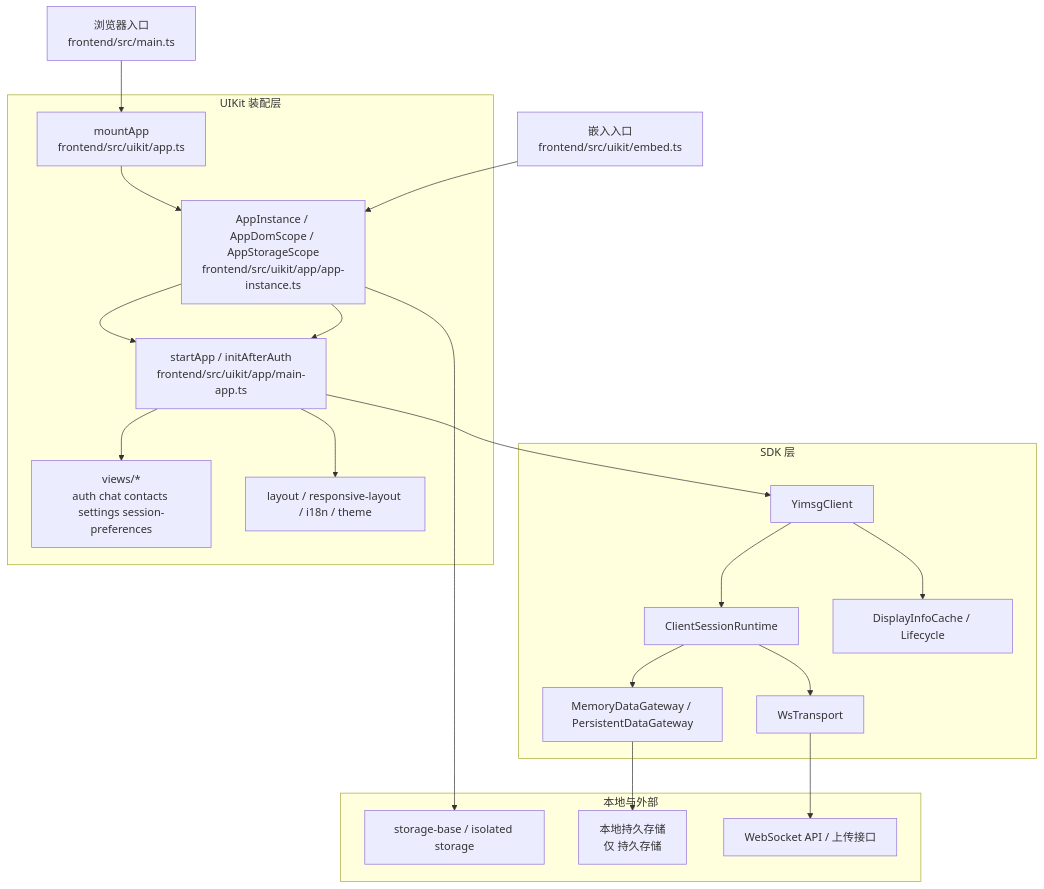
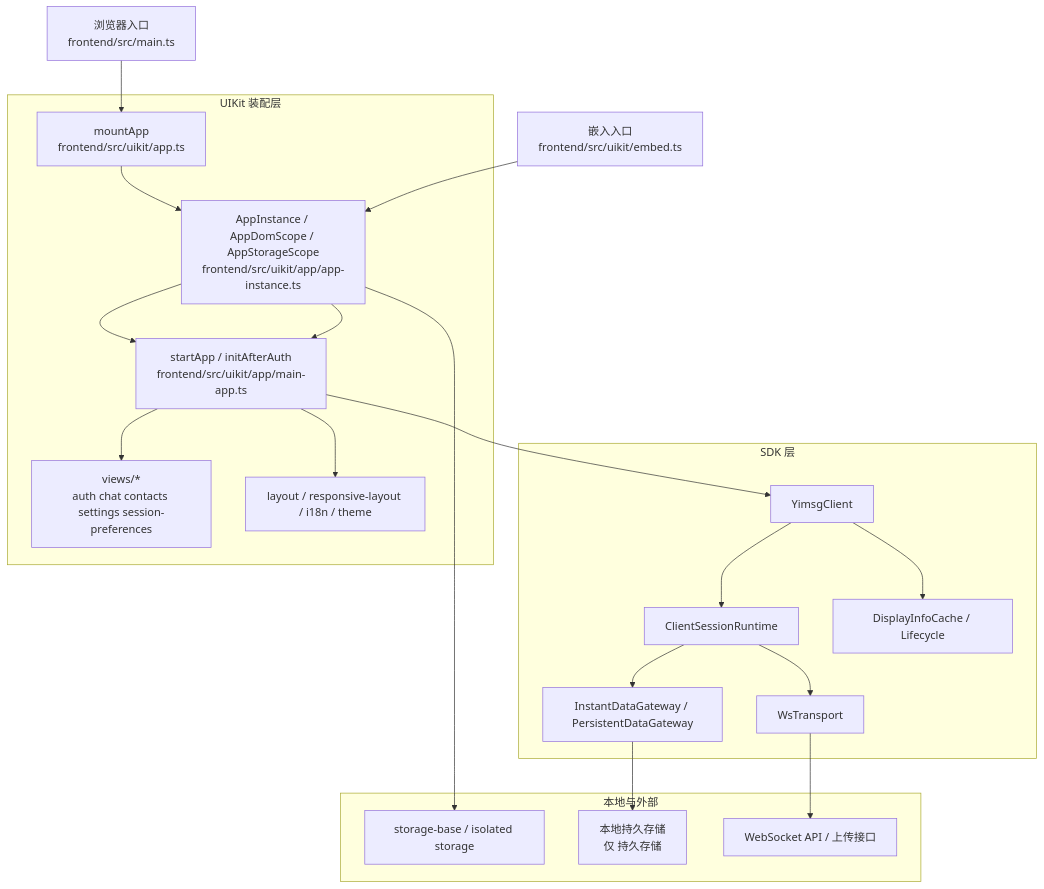
One commit to dacez/yimsg changed the diagram in docs/frontend/前端设计方案.md. Above: the diagram before and after it, drawn with Mermaid. The commit also changed other lines of this file and 22 other files, not shown here.

First line of the commit message:
即时/持久会话模式命名全面统一为 instant/persistent

````diff
--- a/docs/frontend/前端设计方案.md
+++ b/docs/frontend/前端设计方案.md
@@ -78,40 +78,40 @@
 ```mermaid
 graph TB
   Entry[浏览器入口\nfrontend/src/main.ts]
   Embed[嵌入入口\nfrontend/src/uikit/embed.ts]
 
   subgraph UIKit 装配层
     AppEntry[mountApp\nfrontend/src/uikit/app.ts]
     MainApp[startApp / initAfterAuth\nfrontend/src/uikit/app/main-app.ts]
     AppInstance[AppInstance / AppDomScope / AppStorageScope\nfrontend/src/uikit/app/app-instance.ts]
     Views[views/*\nauth chat contacts settings session-preferences]
     Layout[layout / responsive-layout / i18n / theme]
   end
 
   subgraph SDK 层
     Client[YimsgClient]
     Runtime[ClientSessionRuntime]
     Store[DisplayInfoCache / Lifecycle]
-    DS[MemoryDataGateway / PersistentDataGateway]
+    DS[InstantDataGateway / PersistentDataGateway]
     Transport[WsTransport]
   end
 
   subgraph 本地与外部
     Storage[storage-base / isolated storage]
     本地持久化能力[本地持久存储\n仅 持久存储]
     Server[WebSocket API / 上传接口]
   end
 
   Entry --> AppEntry --> AppInstance --> MainApp
   Embed --> AppInstance --> MainApp
   MainApp --> Views
   MainApp --> Layout
   MainApp --> Client
   AppInstance --> Storage
   Client --> Runtime
   Client --> Store
   Runtime --> DS
   Runtime --> Transport
   DS --> 本地持久化能力
   Transport --> Server
 ```
````
